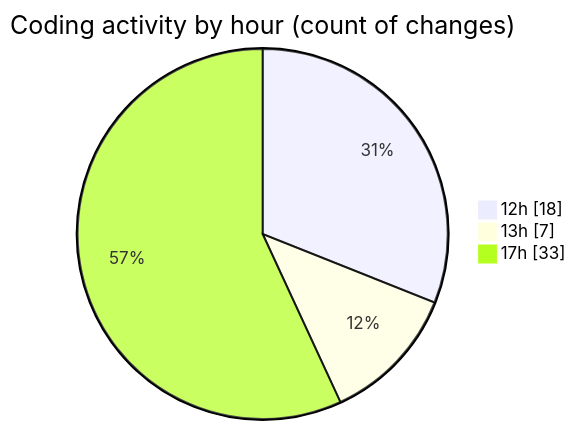
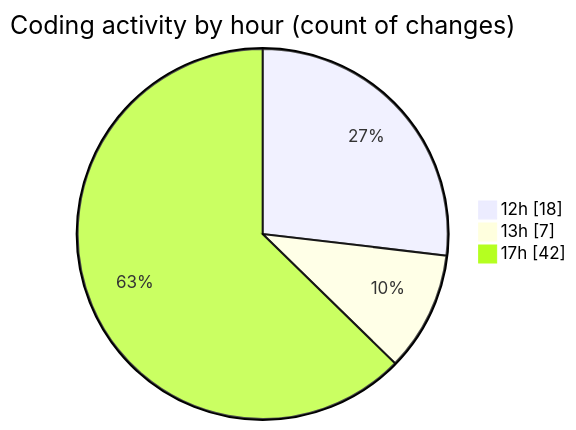
The second of 2 diagrams in 2025-06-14/nxtqube_webapp/README.md (nxtqubesakshisongat/code-tracking), drawn with Mermaid before and after one commit. The commit also changed other lines of this file and 1 other file, not shown here.

````diff
--- a/2025-06-14/nxtqube_webapp/README.md
+++ b/2025-06-14/nxtqube_webapp/README.md
@@ -34,7 +34,7 @@
 ```mermaid
 pie showData
 title Coding activity by hour (count of changes)
 "12h" : 18
 "13h" : 7
-"17h" : 33
+"17h" : 42
 ```
````
